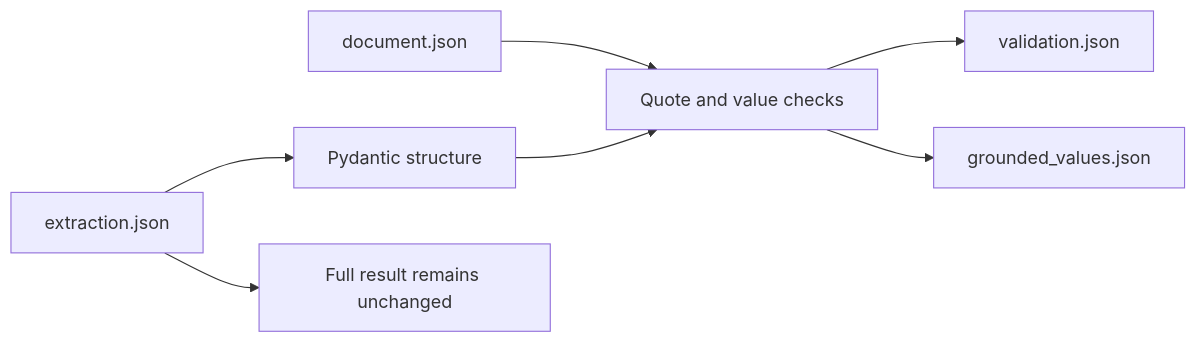
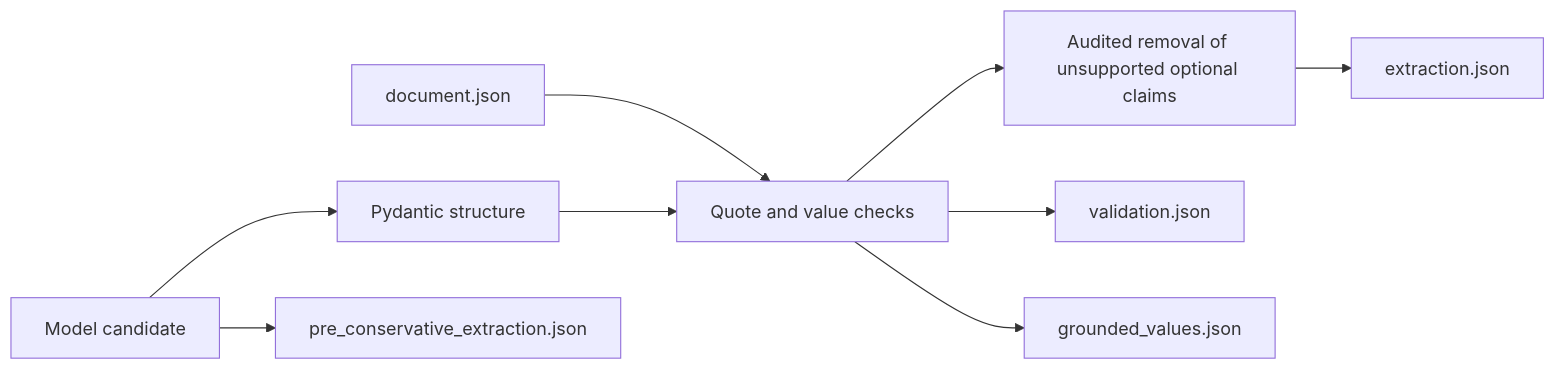
Before and after one commit to lamalab-org/perla-extract: the diagram in docs/concepts/evidence.md, drawn with Mermaid. The commit also changed other lines of this file and 8 other files, not shown here.

````diff
--- a/docs/concepts/evidence.md
+++ b/docs/concepts/evidence.md
@@ -85,9 +86,11 @@
 ```mermaid
 flowchart LR
-    A["extraction.json"] --> B["Pydantic structure"]
+    A["Model candidate"] --> B["Pydantic structure"]
     C["document.json"] --> D["Quote and value checks"]
     B --> D
+    D --> H["Audited removal of unsupported optional claims"]
+    H --> I["extraction.json"]
     D --> E["validation.json"]
     D --> F["grounded_values.json"]
-    A --> G["Full result remains unchanged"]
+    A --> G["pre_conservative_extraction.json"]
 ```
````
